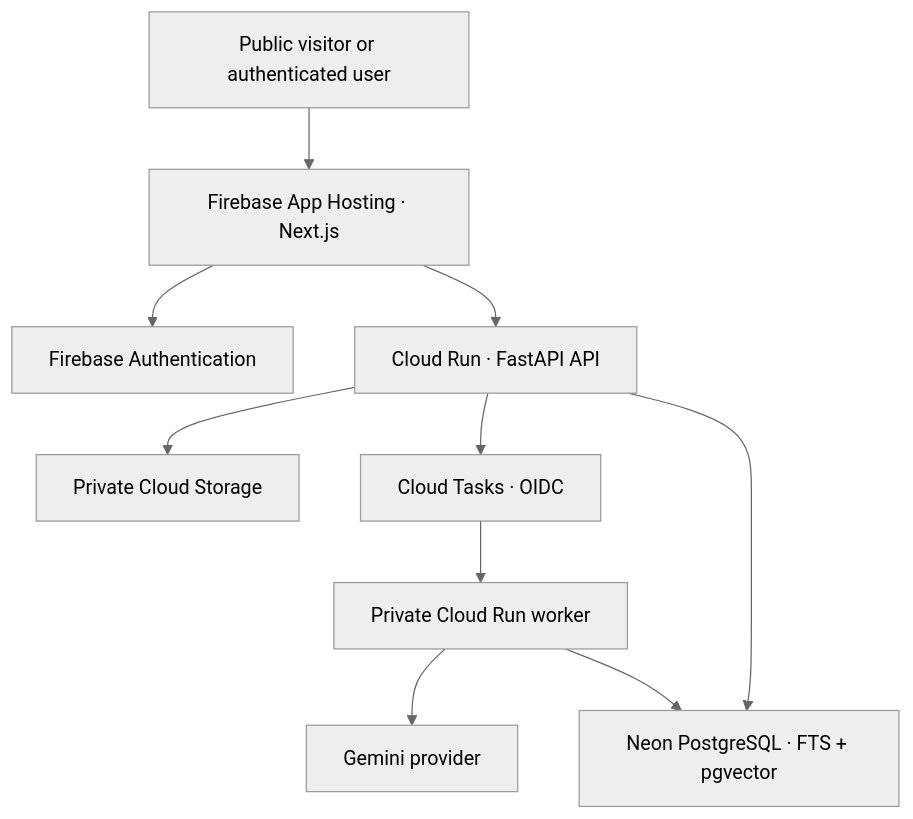
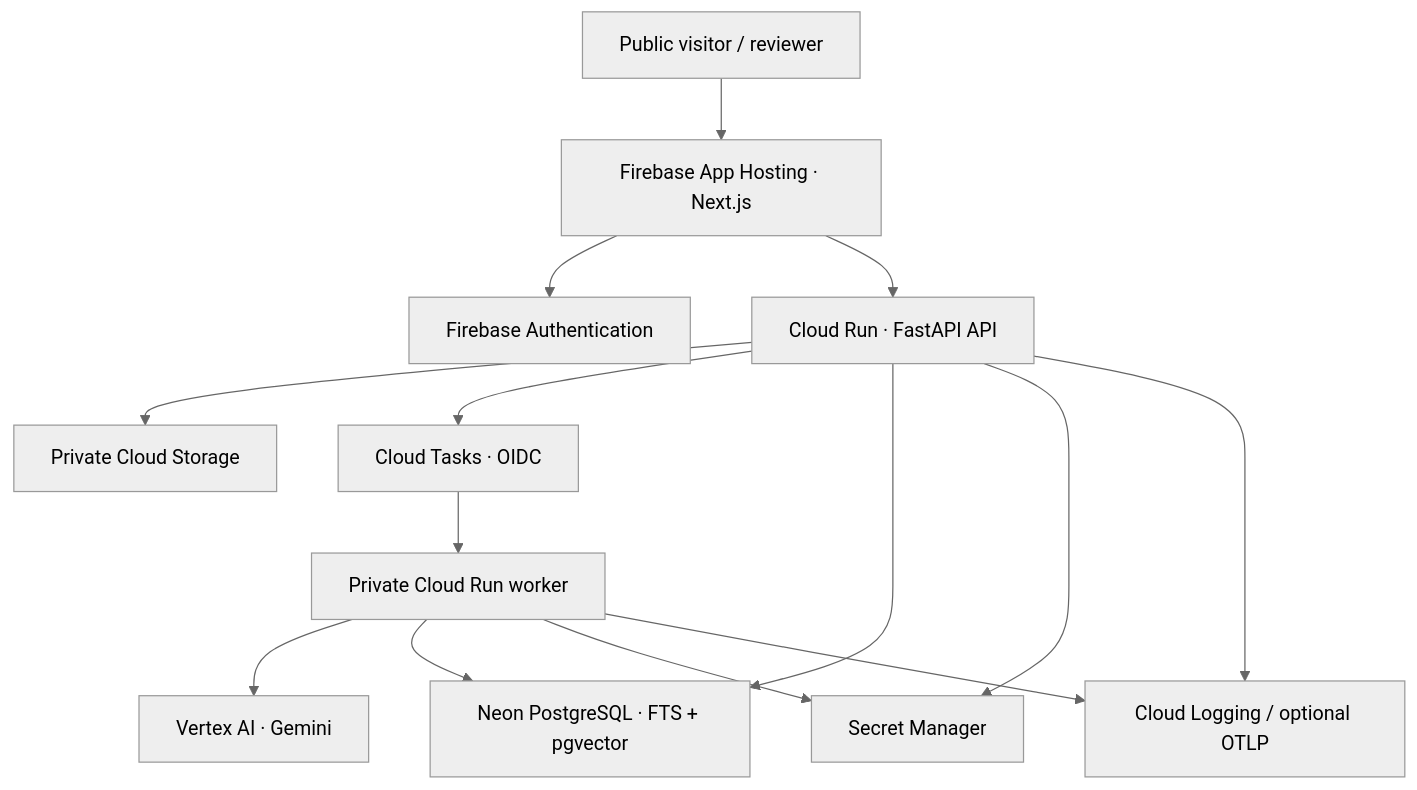
One commit to Aman-290/gulfdocs changed the second of 3 diagrams in README.md. Above: the diagram before and after it, drawn with Mermaid (neutral theme). The commit also changed other lines of this file and 18 other files, not shown here.

````diff
--- a/README.md
+++ b/README.md
@@ -24,12 +53,16 @@
 ```mermaid
 flowchart TD
-    User["Public visitor or authenticated user"] --> Web["Firebase App Hosting · Next.js"]
-    Web --> Auth["Firebase Authentication"]
-    Web --> API["Cloud Run · FastAPI API"]
-    API --> Storage["Private Cloud Storage"]
-    API --> Tasks["Cloud Tasks · OIDC"]
-    Tasks --> Worker["Private Cloud Run worker"]
-    Worker --> Gemini["Gemini provider"]
-    API --> DB["Neon PostgreSQL · FTS + pgvector"]
-    Worker --> DB
+  User["Public visitor / reviewer"] --> Web["Firebase App Hosting · Next.js"]
+  Web --> Auth["Firebase Authentication"]
+  Web --> API["Cloud Run · FastAPI API"]
+  API --> GCS["Private Cloud Storage"]
+  API --> Tasks["Cloud Tasks · OIDC"]
+  Tasks --> Worker["Private Cloud Run worker"]
+  Worker --> Gemini["Vertex AI · Gemini"]
+  API --> DB["Neon PostgreSQL · FTS + pgvector"]
+  Worker --> DB
+  API --> Secrets["Secret Manager"]
+  Worker --> Secrets
+  API --> Logs["Cloud Logging / optional OTLP"]
+  Worker --> Logs
 ```
````
